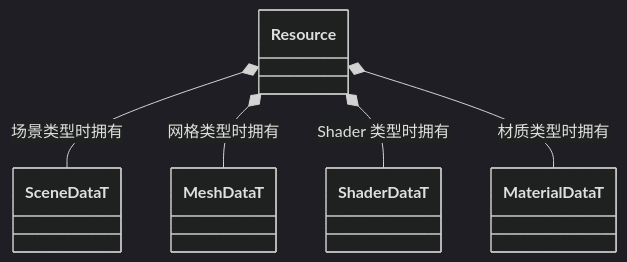
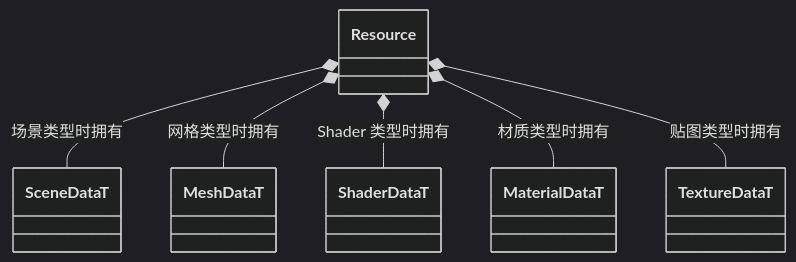
Before and after one commit to lcals/Engine: the second of 2 diagrams in docs/runtime/class-diagrams/resource.md, drawn with Mermaid (dark theme). The commit also changed other lines of this file and 125 other files, not shown here.

````diff
--- a/docs/runtime/class-diagrams/resource.md
+++ b/docs/runtime/class-diagrams/resource.md
@@ -25,13 +26,15 @@
 ```mermaid
 classDiagram
     direction TB
     class Resource
     class SceneDataT
     class MeshDataT
     class ShaderDataT
     class MaterialDataT
+    class TextureDataT
     Resource *-- SceneDataT : 场景类型时拥有
     Resource *-- MeshDataT : 网格类型时拥有
     Resource *-- ShaderDataT : Shader 类型时拥有
     Resource *-- MaterialDataT : 材质类型时拥有
+    Resource *-- TextureDataT : 贴图类型时拥有
 ```
````
